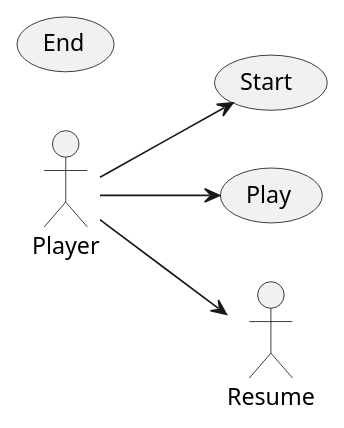
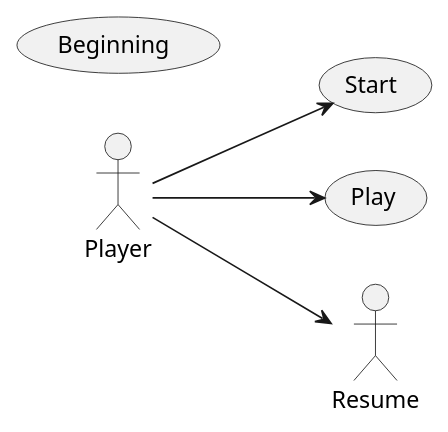
The diagram in docs/diagrams/actorsUseCaseDiagram.plantuml (gdavidd19/principal), drawn with PlantUML before and after one commit.

Commit message:
usecase Beginning

```diff
--- a/docs/diagrams/actorsUseCaseDiagram.plantuml
+++ b/docs/diagrams/actorsUseCaseDiagram.plantuml
@@ -1,11 +1,11 @@
 @startuml actorsUseCaseDiagram
 left to right direction
 actor Player
 usecase Start
 usecase Play
-usecase End
+usecase Beginning
 
 Player --> Start
 Player --> Play
 Player --> Resume
 @enduml
```
